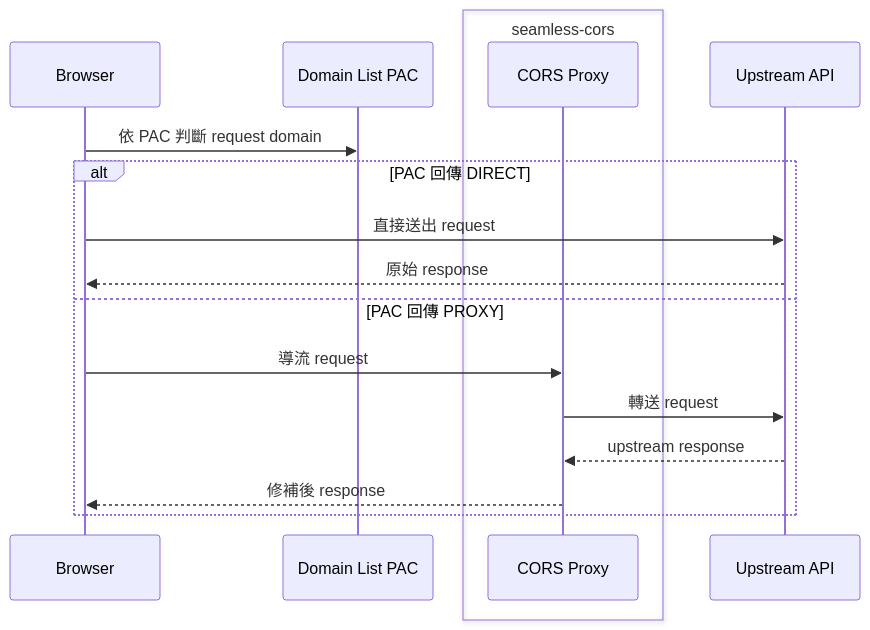
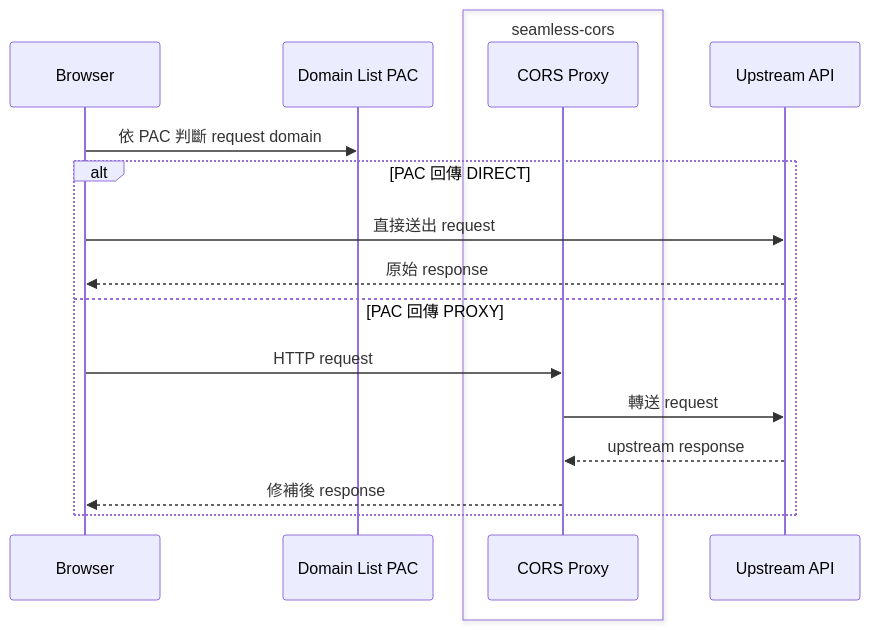
One commit to QzCurious/seamless-cors changed the third of 5 diagrams in diagrams/v2.md. Above: the diagram before and after it, drawn with Mermaid. The commit also changed 2 other files, not shown here.

Commit message:
update diagrams

````diff
--- a/diagrams/v2.md
+++ b/diagrams/v2.md
@@ -34,20 +34,20 @@
 ```mermaid
 sequenceDiagram
   participant Browser
   participant DomainListPAC as Domain List PAC
   box seamless-cors
     participant CorsProxy as CORS Proxy
   end
   participant Upstream as Upstream API
 
   Browser->>DomainListPAC: 依 PAC 判斷 request domain
   alt PAC 回傳 DIRECT
     Browser->>Upstream: 直接送出 request
     Upstream-->>Browser: 原始 response
   else PAC 回傳 PROXY
-    Browser->>CorsProxy: 導流 request
+    Browser->>CorsProxy: HTTP request
     CorsProxy->>Upstream: 轉送 request
     Upstream-->>CorsProxy: upstream response
     CorsProxy-->>Browser: 修補後 response
   end
 ```
````
